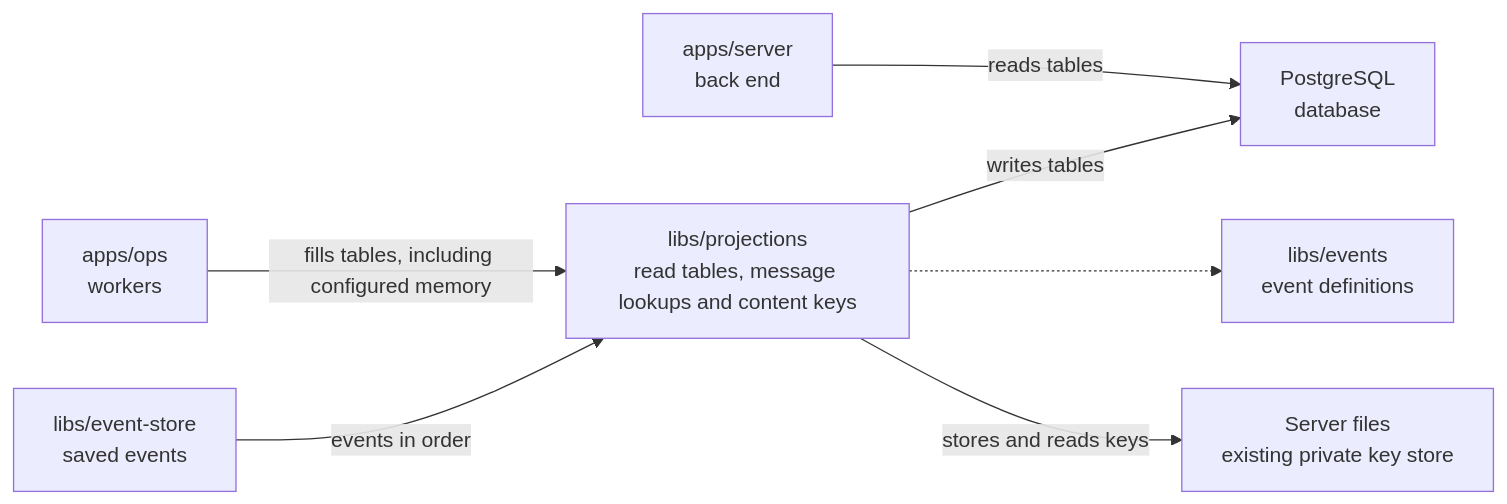
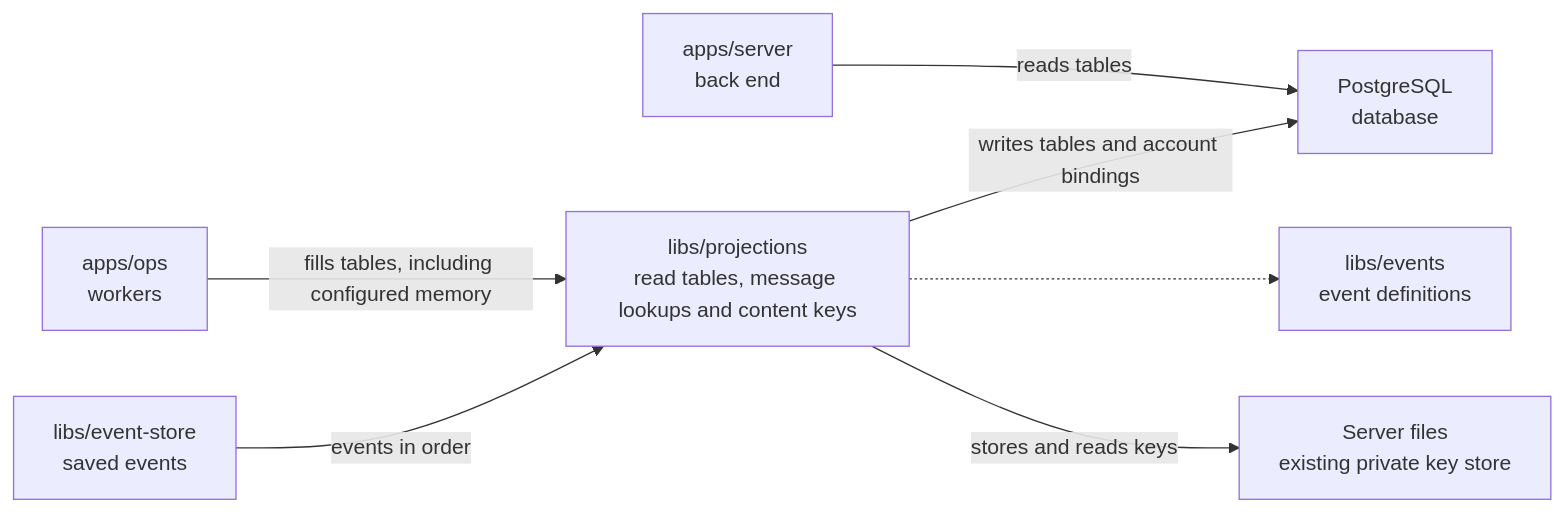
One commit to elewa-git/opencrane-new changed the diagram in libs/projections/README.md. Above: the diagram before and after it, drawn with Mermaid. The commit also changed other lines of this file and 14 other files, not shown here.

````diff
--- a/libs/projections/README.md
+++ b/libs/projections/README.md
@@ -23,9 +23,9 @@
 ```mermaid
 flowchart LR
   ops["apps/ops<br/>workers"] -->|fills tables, including configured memory| projections["libs/projections<br/>read tables, message lookups and content keys"]
   server["apps/server<br/>back end"] -->|reads tables| pg["PostgreSQL<br/>database"]
-  projections -->|writes tables| pg
+  projections -->|writes tables and account bindings| pg
   store["libs/event-store<br/>saved events"] -->|events in order| projections
   projections -.-> events["libs/events<br/>event definitions"]
   projections -->|stores and reads keys| keys["Server files<br/>existing private key store"]
 ```
````
